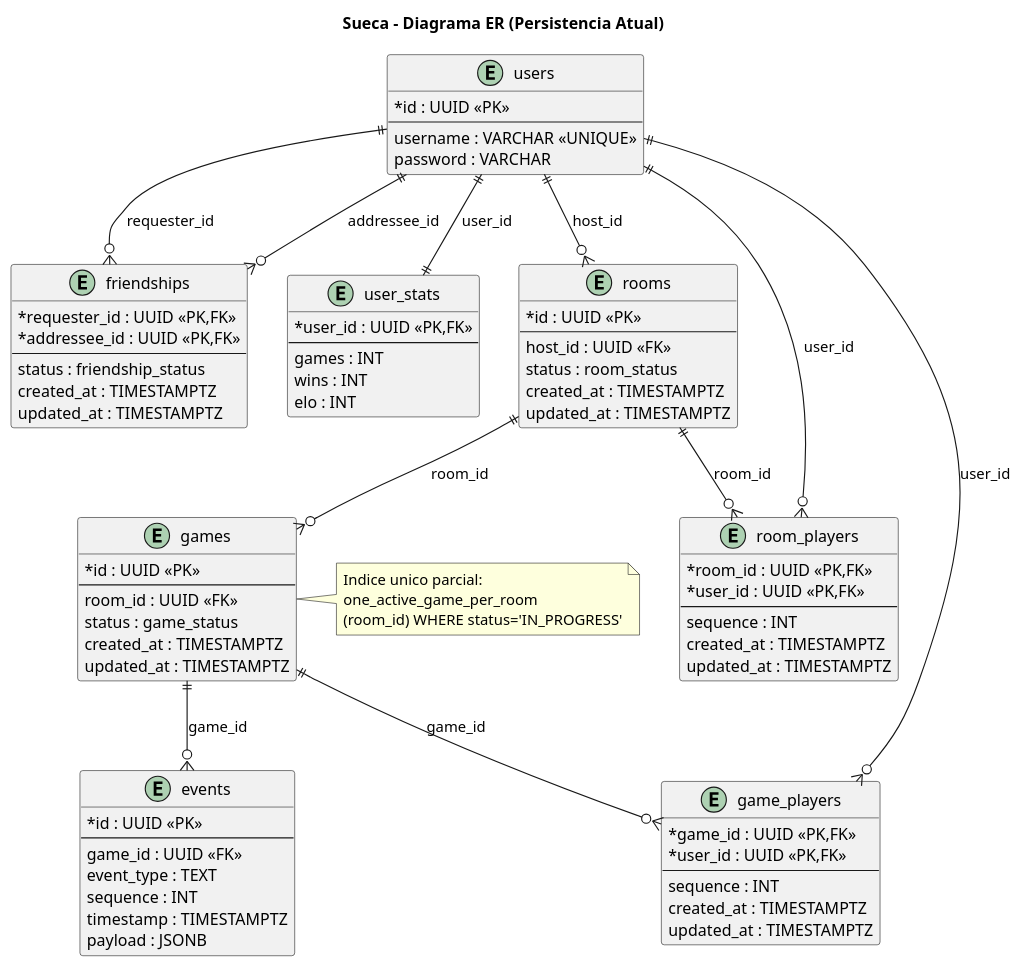
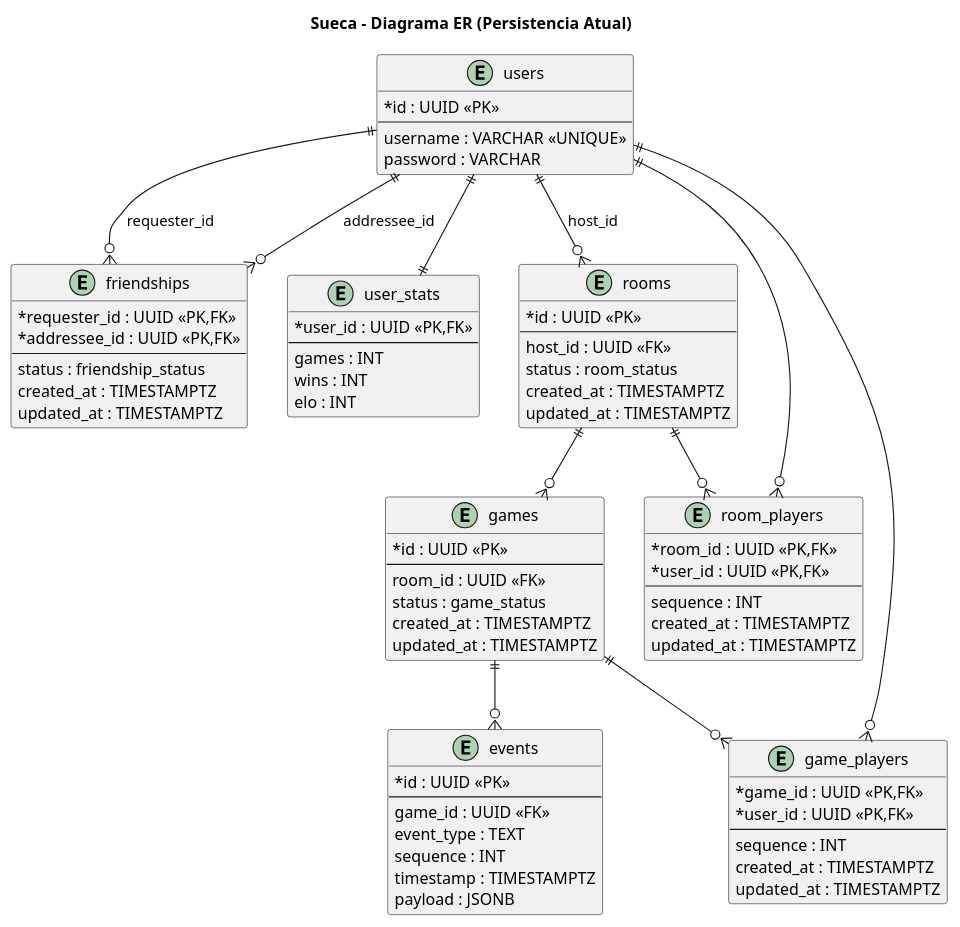
Before and after one commit to DuarteMSousa/PEDWM_TP1: the diagram in DocumentacaoV2/DiagramaER.puml, drawn with PlantUML.

```diff
--- a/DocumentacaoV2/DiagramaER.puml
+++ b/DocumentacaoV2/DiagramaER.puml
@@ -1,98 +1,92 @@
 @startuml
 title Sueca - Diagrama ER (Persistencia Atual)
 
 hide methods
 skinparam classAttributeIconSize 0
 
 entity "users" as users {
   * id : UUID <<PK>>
   --
   username : VARCHAR <<UNIQUE>>
   password : VARCHAR
 }
 
 entity "friendships" as friendships {
   * requester_id : UUID <<PK,FK>>
   * addressee_id : UUID <<PK,FK>>
   --
   status : friendship_status
   created_at : TIMESTAMPTZ
   updated_at : TIMESTAMPTZ
 }
 
 entity "user_stats" as user_stats {
   * user_id : UUID <<PK,FK>>
   --
   games : INT
   wins : INT
   elo : INT
 }
 
 entity "rooms" as rooms {
   * id : UUID <<PK>>
   --
   host_id : UUID <<FK>>
   status : room_status
   created_at : TIMESTAMPTZ
   updated_at : TIMESTAMPTZ
 }
 
 entity "room_players" as room_players {
   * room_id : UUID <<PK,FK>>
   * user_id : UUID <<PK,FK>>
   --
   sequence : INT
   created_at : TIMESTAMPTZ
   updated_at : TIMESTAMPTZ
 }
 
 entity "games" as games {
   * id : UUID <<PK>>
   --
   room_id : UUID <<FK>>
   status : game_status
   created_at : TIMESTAMPTZ
   updated_at : TIMESTAMPTZ
 }
 
 entity "game_players" as game_players {
   * game_id : UUID <<PK,FK>>
   * user_id : UUID <<PK,FK>>
   --
   sequence : INT
   created_at : TIMESTAMPTZ
   updated_at : TIMESTAMPTZ
 }
 
 entity "events" as events {
   * id : UUID <<PK>>
   --
   game_id : UUID <<FK>>
   event_type : TEXT
   sequence : INT
   timestamp : TIMESTAMPTZ
   payload : JSONB
 }
 
 users ||--o{ friendships : requester_id
 users ||--o{ friendships : addressee_id
-users ||--|| user_stats : user_id
+users ||--|| user_stats
 
 users ||--o{ rooms : host_id
-rooms ||--o{ room_players : room_id
-users ||--o{ room_players : user_id
+rooms ||--o{ room_players
+users ||--o{ room_players
 
-rooms ||--o{ games : room_id
+rooms ||--o{ games
 
-games ||--o{ game_players : game_id
-users ||--o{ game_players : user_id
+games ||--o{ game_players
+users ||--o{ game_players
 
-games ||--o{ events : game_id
-
-note right of games
-Indice unico parcial:
-one_active_game_per_room
-(room_id) WHERE status='IN_PROGRESS'
-end note
+games ||--o{ events
 
 @enduml
```
